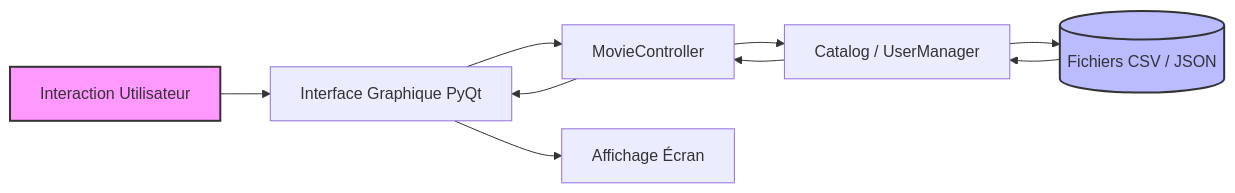
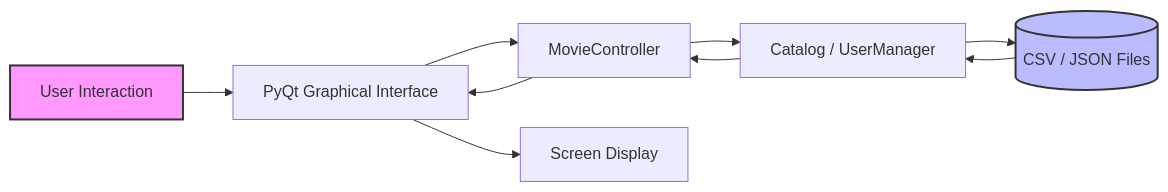
The fourth of 4 diagrams in README.md (Valeyrian/SeoulTech_Python_Finnal-Project), drawn with Mermaid before and after one commit. The commit also changed other lines of this file, not shown here.

````diff
--- a/README.md
+++ b/README.md
@@ -232,14 +232,14 @@
 ```mermaid
 graph LR
-    UserInput[Interaction Utilisateur] --> UI[Interface Graphique PyQt]
+    UserInput[User Interaction] --> UI[PyQt Graphical Interface]
     UI --> Controller[MovieController]
     Controller --> Model[Catalog / UserManager]
-    Model --> DB[(Fichiers CSV / JSON)]
+    Model --> DB[(CSV / JSON Files)]
     DB --> Model
     Model --> Controller
     Controller --> UI
-    UI --> Display[Affichage Écran]
+    UI --> Display[Screen Display]
     
     style UserInput fill:#f9f,stroke:#333,stroke-width:2px
     style DB fill:#bbf,stroke:#333,stroke-width:2px
 ```
````
